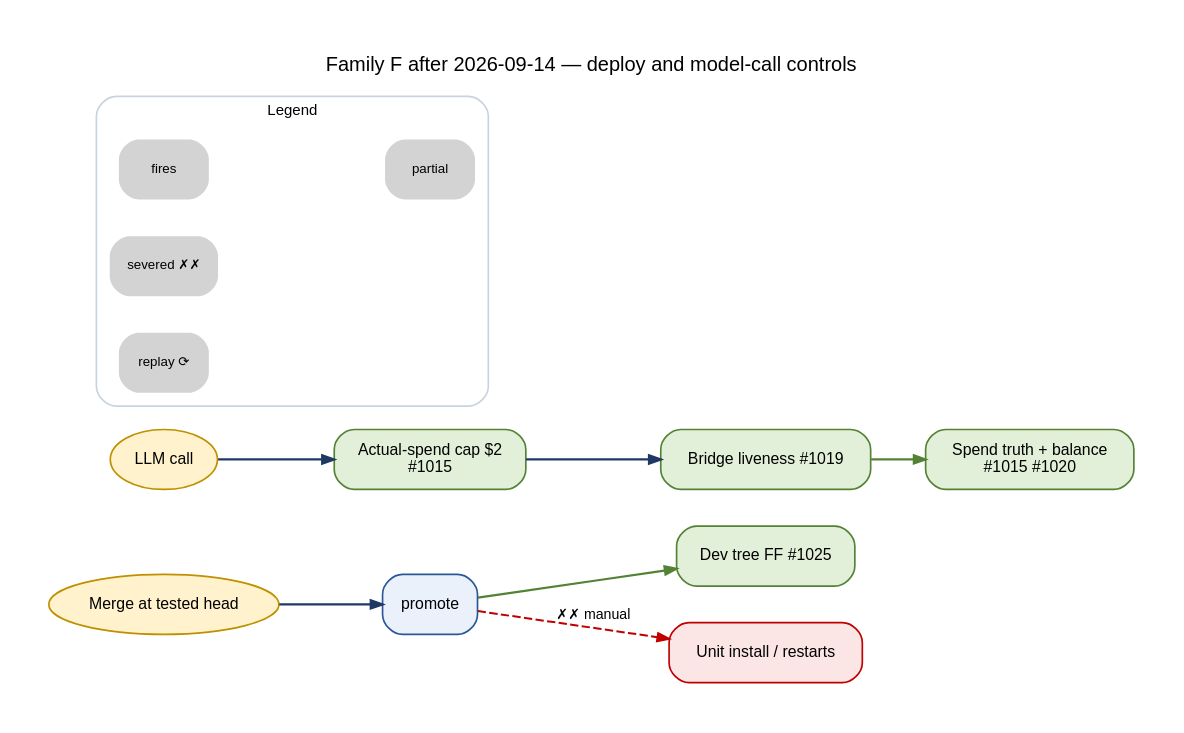
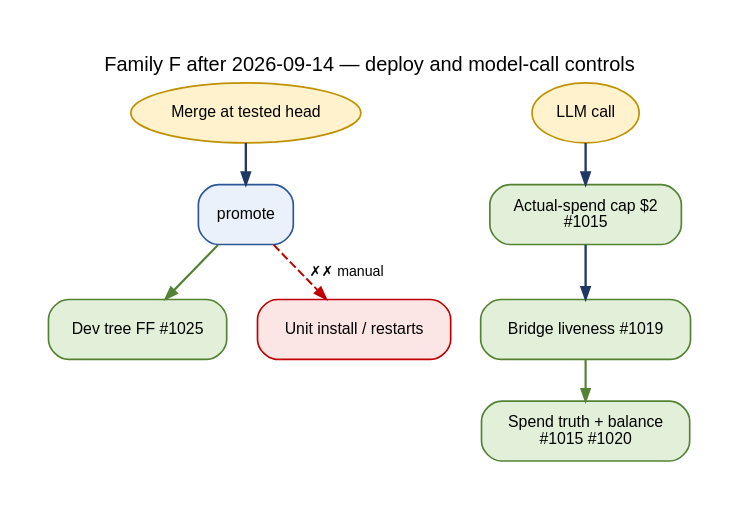
The diagram in docs/architecture/lifecycles/LIFECYCLE_FACTBASE_F_ENGINEERING_2026-09-14.md (PatsKiller/tardeai), drawn with Graphviz before and after one commit. The commit also changed 11 other files, not shown here.

First line of the commit message:
docs(architecture): lifecycle flow diagrams top-down with a legend figure; wide diagrams re-laid out

````diff
--- a/docs/architecture/lifecycles/LIFECYCLE_FACTBASE_F_ENGINEERING_2026-09-14.md
+++ b/docs/architecture/lifecycles/LIFECYCLE_FACTBASE_F_ENGINEERING_2026-09-14.md
@@ -33,26 +33,21 @@
 ```dot
 digraph fb_f {
-  graph [rankdir=LR, fontname="Helvetica", fontsize=12, label="Family F after 2026-09-14 — deploy and model-call controls", labelloc=t, nodesep=0.3, ranksep=0.45, pad=0.3];
+  graph [rankdir=TB, fontname="Helvetica", fontsize=12, label="Family F after 2026-09-14 — deploy and model-call controls", labelloc=t, nodesep=0.25, ranksep=0.32, pad=0.3];
   node [style="rounded,filled", fontname="Helvetica", fontsize=9.5];
   edge [fontname="Helvetica", fontsize=8.5, arrowsize=0.7];
   merge [label="Merge at tested head", shape=oval, fillcolor="#FFF2CC", color="#BF9000"];
   promote [label="promote", shape=box, fillcolor="#EAF1FB", color="#2B5797"];
   ff [label="Dev tree FF #1025", shape=box, fillcolor="#E2F0D9", color="#548235"];
   units [label="Unit install / restarts", shape=box, fillcolor="#FBE5E5", color="#C00000"];
   call [label="LLM call", shape=oval, fillcolor="#FFF2CC", color="#BF9000"];
   cap [label="Actual-spend cap $2\n#1015", shape=box, fillcolor="#E2F0D9", color="#548235"];
   bridge [label="Bridge liveness #1019", shape=box, fillcolor="#E2F0D9", color="#548235"];
   spend [label="Spend truth + balance\n#1015 #1020", shape=box, fillcolor="#E2F0D9", color="#548235"];
   merge -> promote [color="#1F3864", penwidth=1.4];
   promote -> ff [color="#548235", penwidth=1.3];
   promote -> units [label="✗✗ manual", color="#C00000", style=dashed, penwidth=1.2];
   call -> cap [color="#1F3864", penwidth=1.4];
   cap -> bridge [color="#1F3864", penwidth=1.4];
   bridge -> spend [color="#548235", penwidth=1.3];
-  subgraph cluster_legend { label="Legend"; fontsize=9; style=rounded; color="#C9D3DF";
-    lg1 [label="fires", shape=plaintext, fontsize=8]; lg2 [label="partial", shape=plaintext, fontsize=8];
-    lg3 [label="severed ✗✗", shape=plaintext, fontsize=8]; lg4 [label="replay ⟳", shape=plaintext, fontsize=8];
-    lg1 -> lg2 [color="#548235", penwidth=1.3, style=invis]; 
-  }
 }
 ```
````
